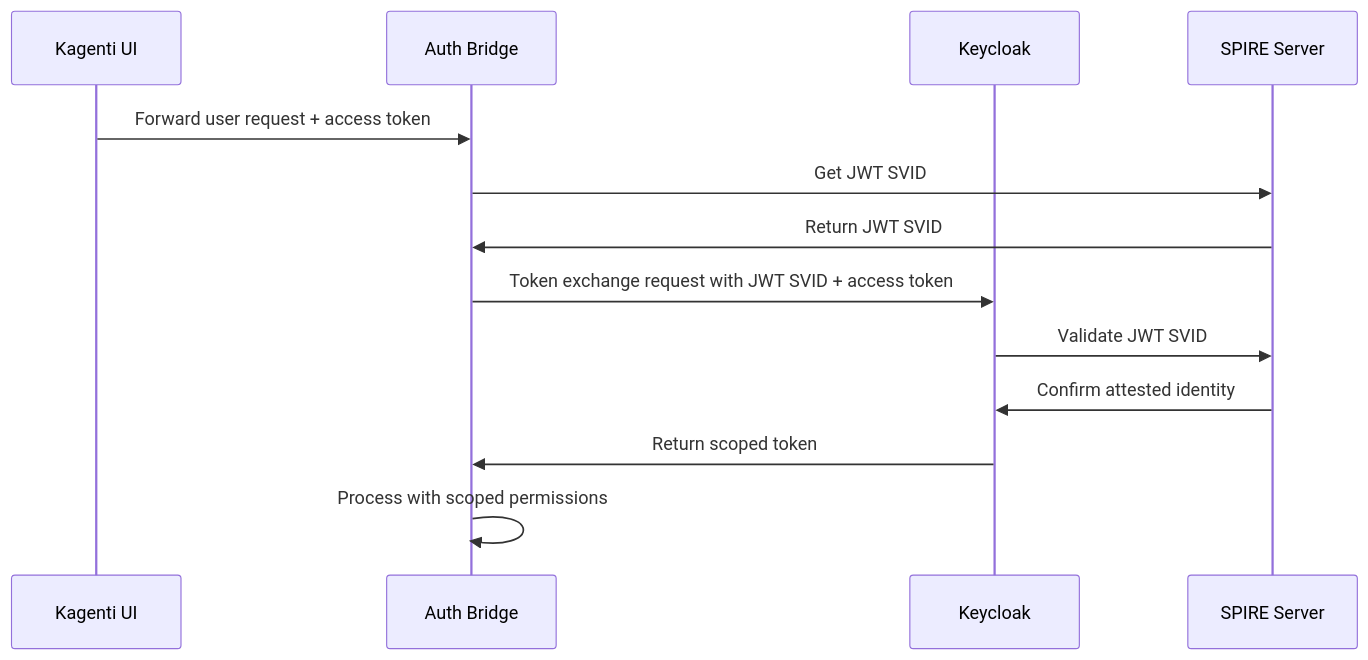
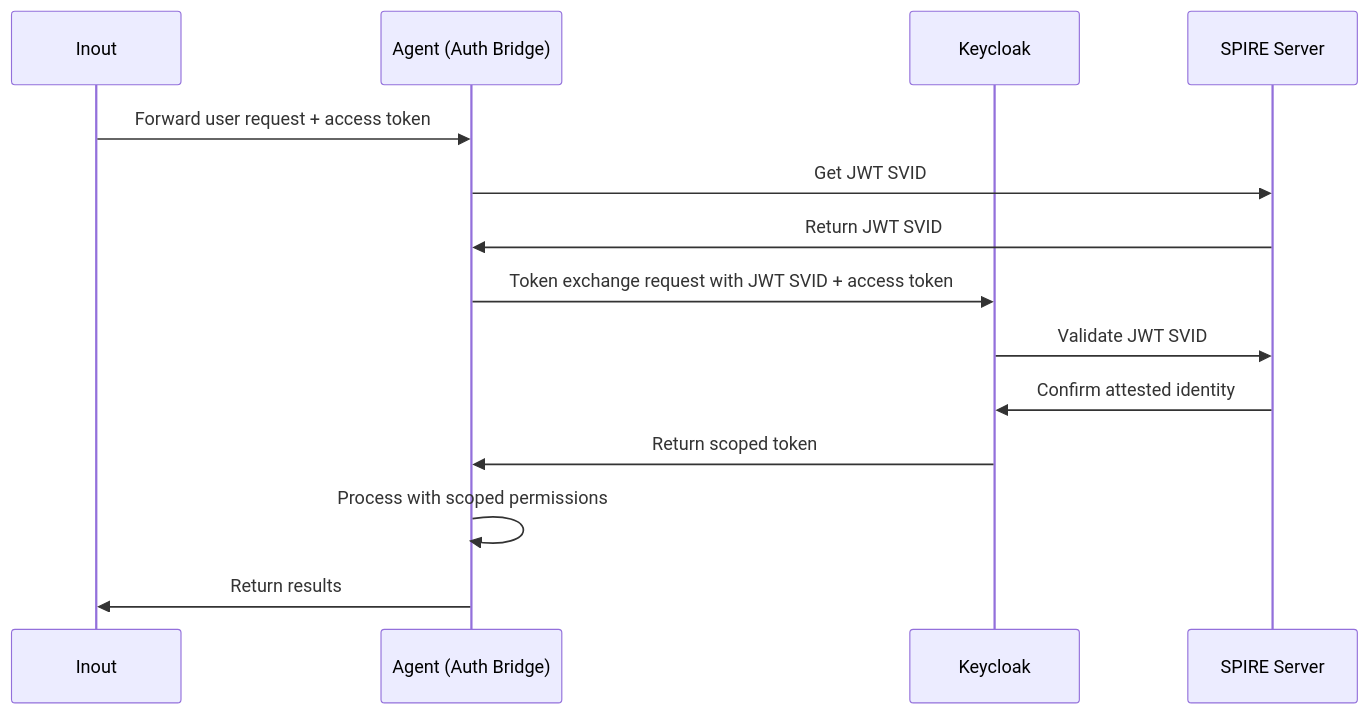
Before and after one commit to pdettori/kagenti: the diagram in docs/diagrams/02-agent-token-exchange-flow.mmd, drawn with Mermaid. The commit also changed 3 other files, not shown here.

Commit message:
Update flow diagrams

```diff
--- a/docs/diagrams/02-agent-token-exchange-flow.mmd
+++ b/docs/diagrams/02-agent-token-exchange-flow.mmd
@@ -1,14 +1,15 @@
 sequenceDiagram
-    participant UI as Kagenti UI
-    participant Agent as Auth Bridge
+    participant UI as Inout
+    participant Agent as Agent (Auth Bridge)
     participant KC as Keycloak
     participant SPIRE as SPIRE Server
     
     UI->>Agent: Forward user request + access token
     Agent->>SPIRE: Get JWT SVID
     SPIRE->>Agent: Return JWT SVID
     Agent->>KC: Token exchange request with JWT SVID + access token
     KC->>SPIRE: Validate JWT SVID
     SPIRE->>KC: Confirm attested identity
     KC->>Agent: Return scoped token
     Agent->>Agent: Process with scoped permissions
+    Agent->>UI: Return results
```
